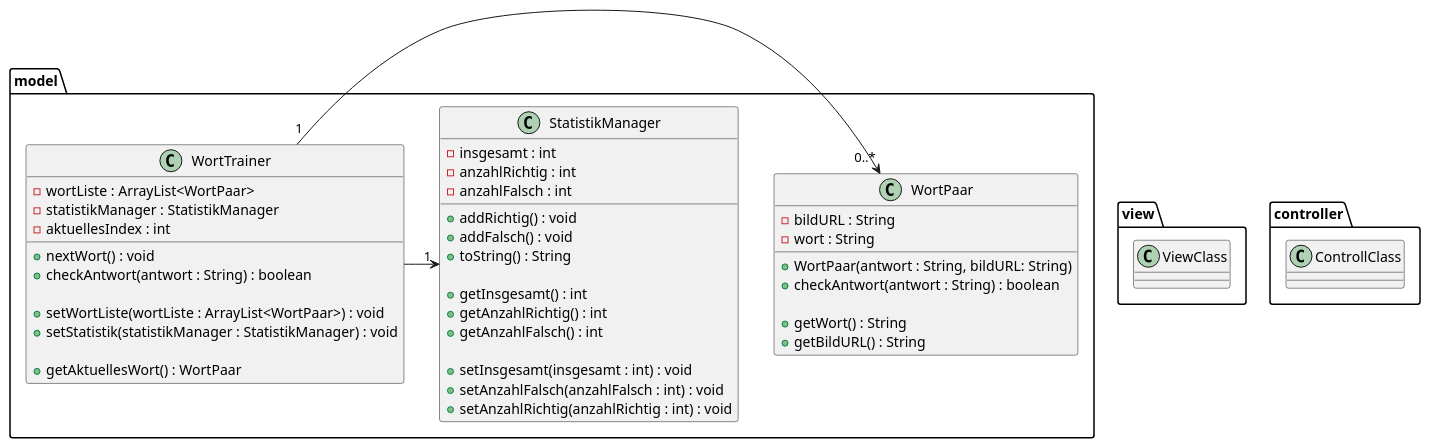
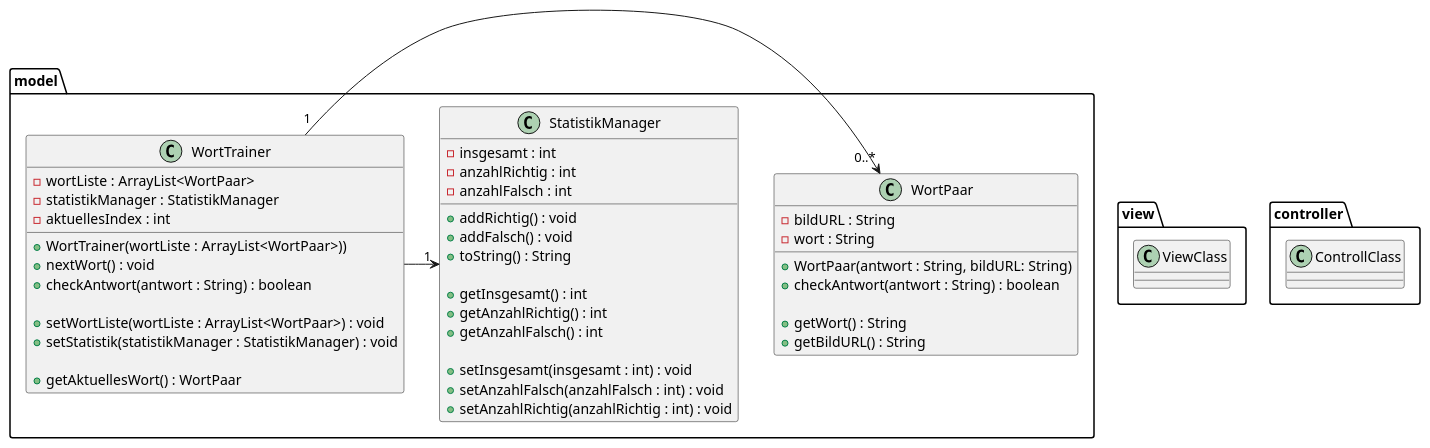
Before and after one commit to TGM-HIT/sew9-2425-worttrainer-aaabdulkarim: the diagram in Worttrainer_UML.puml, drawn with PlantUML.

Commit message:
Bearbeiten des WortTrainer Design

```diff
--- a/Worttrainer_UML.puml
+++ b/Worttrainer_UML.puml
@@ -1,67 +1,68 @@
 @startuml
 'https://plantuml.com/class-diagram
 
 package model {
 
     class WortPaar {
         - bildURL : String
         - wort : String
 
         + WortPaar(antwort : String, bildURL: String)
         + checkAntwort(antwort : String) : boolean
 
         + getWort() : String
         + getBildURL() : String
     }
 
     class WortTrainer {
         - wortListe : ArrayList<WortPaar>
         - statistikManager : StatistikManager
         - aktuellesIndex : int
 
+        + WortTrainer(wortListe : ArrayList<WortPaar>))
         + nextWort() : void
         + checkAntwort(antwort : String) : boolean
 
         + setWortListe(wortListe : ArrayList<WortPaar>) : void
         + setStatistik(statistikManager : StatistikManager) : void
 
         + getAktuellesWort() : WortPaar
     }
 
     class StatistikManager {
         - insgesamt : int
         - anzahlRichtig : int
         - anzahlFalsch : int
 
         + addRichtig() : void
         + addFalsch() : void
         + toString() : String
 
         + getInsgesamt() : int
         + getAnzahlRichtig() : int
         + getAnzahlFalsch() : int
 
         + setInsgesamt(insgesamt : int) : void
         + setAnzahlFalsch(anzahlFalsch : int) : void
         + setAnzahlRichtig(anzahlRichtig : int) : void
     }
 }
 
 
 package view {
     class ViewClass {
     }
 }
 
 package controller {
     class ControllClass {
     }
 }
 
 
 
 
 WortTrainer "1" -> "0..*" WortPaar
 WortTrainer -> "1" StatistikManager
 
 @enduml
```
